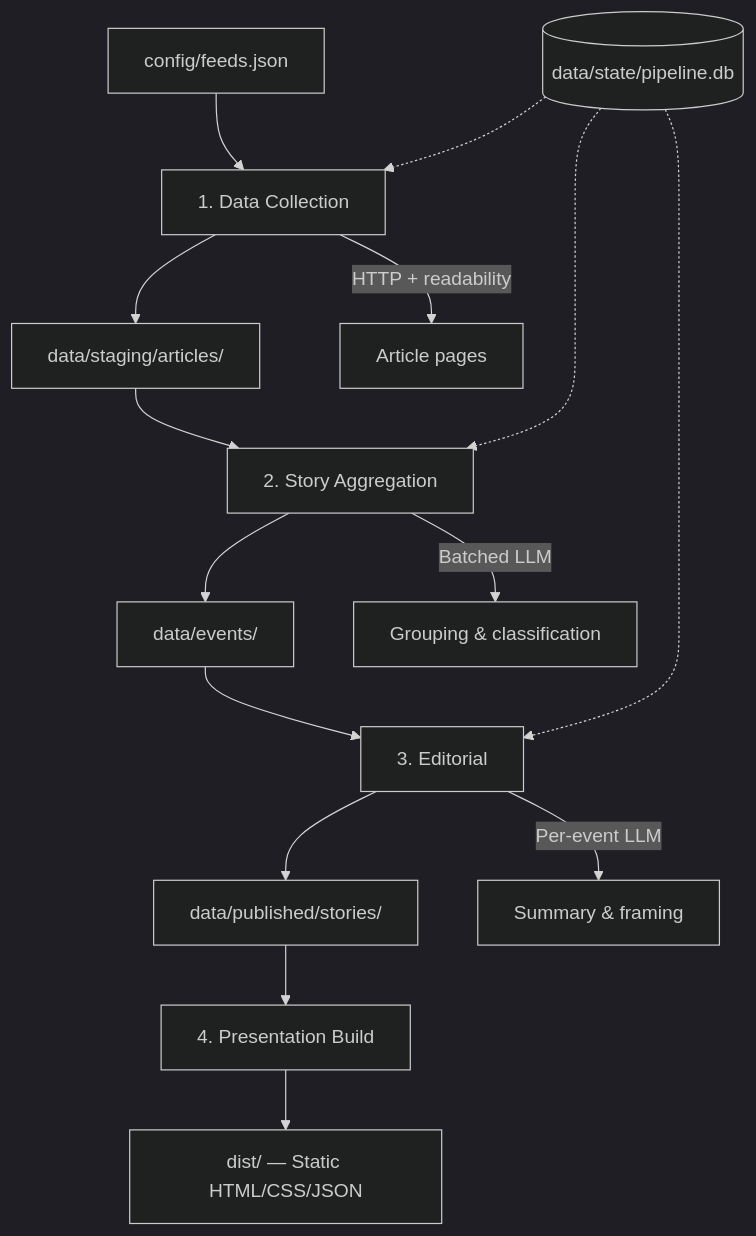
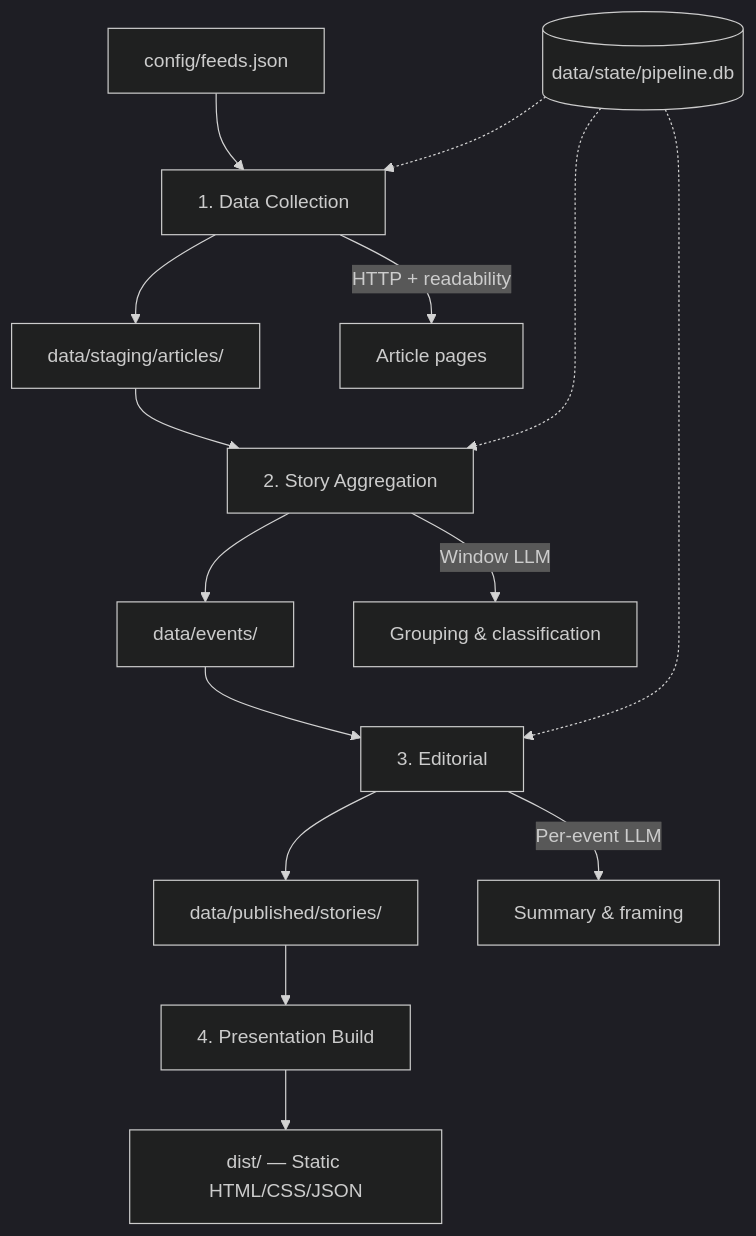
The diagram in docs/design.md (pmeenan/news-tldr.com), drawn with Mermaid (dark theme) before and after one commit. The commit also changed other lines of this file and 17 other files, not shown here.

````diff
--- a/docs/design.md
+++ b/docs/design.md
@@ -23,19 +23,19 @@
 ```mermaid
 graph TD
     Feeds[config/feeds.json] --> Collect[1. Data Collection]
     Collect --> Articles[data/staging/articles/]
     Articles --> Aggregate[2. Story Aggregation]
     Aggregate --> Events[data/events/]
     Events --> Editorial[3. Editorial]
     Editorial --> Stories[data/published/stories/]
     Stories --> Present[4. Presentation Build]
     Present --> Site[dist/ — Static HTML/CSS/JSON]
 
     State[(data/state/pipeline.db)] -.-> Collect
     State -.-> Aggregate
     State -.-> Editorial
 
     Collect -->|HTTP + readability| Pages[Article pages]
-    Aggregate -->|Batched LLM| Classify[Grouping & classification]
+    Aggregate -->|Window LLM| Classify[Grouping & classification]
     Editorial -->|Per-event LLM| Summarize[Summary & framing]
 ```
````
